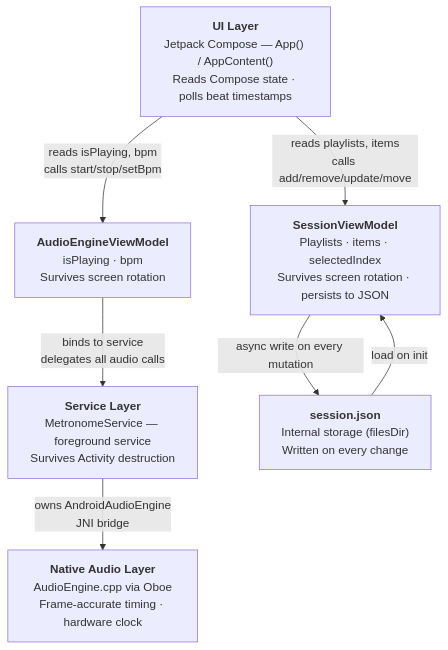
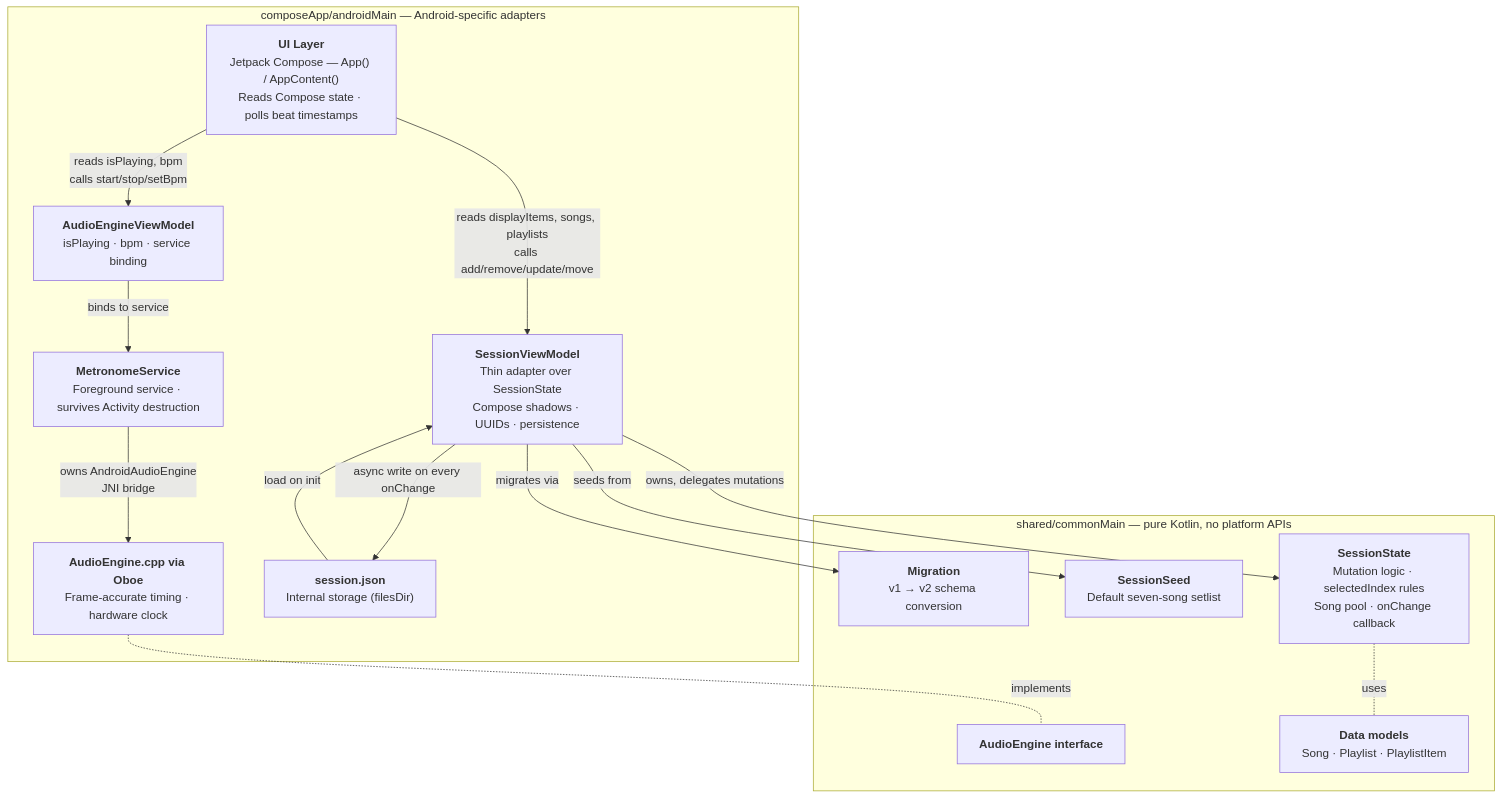
Before and after one commit to musicapps-kek/musicapps-kb: the first of 4 diagrams in docs/android/sessionclick-architecture.md, drawn with Mermaid. The commit also changed other lines of this file and 2 other files, not shown here.

Commit message:
Enhance documentation: Update SessionClick App Architecture article and add Android Testing guide

````diff
--- a/docs/android/sessionclick-architecture.md
+++ b/docs/android/sessionclick-architecture.md
@@ -9,16 +11,31 @@
 ```mermaid
 graph TD
-    UI["<b>UI Layer</b><br/>Jetpack Compose — App() / AppContent()<br/>Reads Compose state · polls beat timestamps"]
-    AVM["<b>AudioEngineViewModel</b><br/>isPlaying · bpm<br/>Survives screen rotation"]
-    SVM["<b>SessionViewModel</b><br/>Playlists · items · selectedIndex<br/>Survives screen rotation · persists to JSON"]
-    SVC["<b>Service Layer</b><br/>MetronomeService — foreground service<br/>Survives Activity destruction"]
-    NAT["<b>Native Audio Layer</b><br/>AudioEngine.cpp via Oboe<br/>Frame-accurate timing · hardware clock"]
-    FILE["<b>session.json</b><br/>Internal storage (filesDir)<br/>Written on every change"]
+    subgraph Shared["shared/commonMain — pure Kotlin, no platform APIs"]
+        MODELS["<b>Data models</b><br/>Song · Playlist · PlaylistItem"]
+        STATE["<b>SessionState</b><br/>Mutation logic · selectedIndex rules<br/>Song pool · onChange callback"]
+        SEED["<b>SessionSeed</b><br/>Default seven-song setlist"]
+        MIG["<b>Migration</b><br/>v1 → v2 schema conversion"]
+        ENG["<b>AudioEngine interface</b>"]
+    end
 
+    subgraph Android["composeApp/androidMain — Android-specific adapters"]
+        UI["<b>UI Layer</b><br/>Jetpack Compose — App() / AppContent()<br/>Reads Compose state · polls beat timestamps"]
+        SVM["<b>SessionViewModel</b><br/>Thin adapter over SessionState<br/>Compose shadows · UUIDs · persistence"]
+        AVM["<b>AudioEngineViewModel</b><br/>isPlaying · bpm · service binding"]
+        SVC["<b>MetronomeService</b><br/>Foreground service · survives Activity destruction"]
+        NAT["<b>AudioEngine.cpp via Oboe</b><br/>Frame-accurate timing · hardware clock"]
+        FILE["<b>session.json</b><br/>Internal storage (filesDir)"]
+    end
+
+    SVM -->|"owns, delegates mutations"| STATE
+    SVM -->|"seeds from"| SEED
+    SVM -->|"migrates via"| MIG
+    STATE -.uses.- MODELS
+    UI -->|"reads displayItems, songs, playlists<br/>calls add/remove/update/move"| SVM
     UI -->|"reads isPlaying, bpm<br/>calls start/stop/setBpm"| AVM
-    UI -->|"reads playlists, items<br/>calls add/remove/update/move"| SVM
-    AVM -->|"binds to service<br/>delegates all audio calls"| SVC
+    AVM -->|"binds to service"| SVC
     SVC -->|"owns AndroidAudioEngine<br/>JNI bridge"| NAT
-    SVM -->|"async write on every mutation"| FILE
+    NAT -.implements.- ENG
+    SVM -->|"async write on every onChange"| FILE
     FILE -->|"load on init"| SVM
 ```
````
